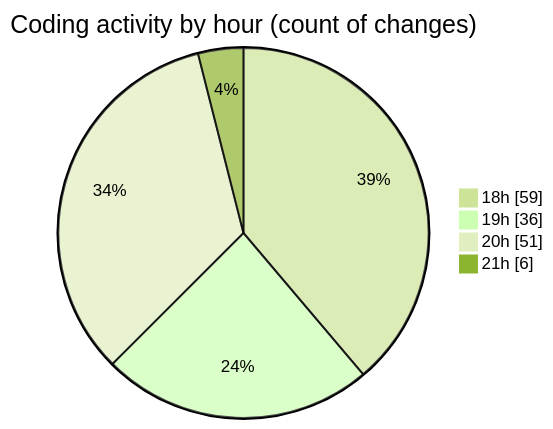
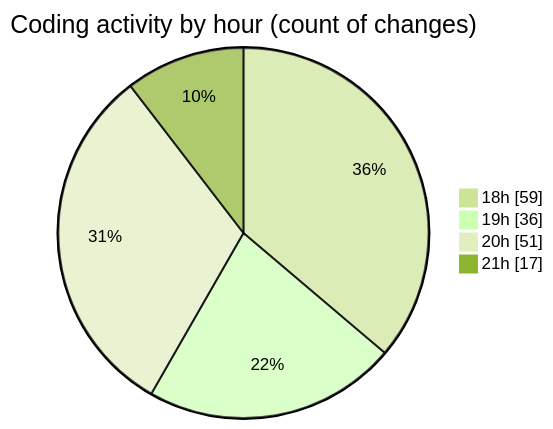
The second of 2 diagrams in 2025-04-02/back-end/README.md (Netris89/code-tracking), drawn with Mermaid (forest theme) before and after one commit. The commit also changed other lines of this file and 1 other file, not shown here.

````diff
--- a/2025-04-02/back-end/README.md
+++ b/2025-04-02/back-end/README.md
@@ -40,8 +40,8 @@
 ```mermaid
 pie showData
 title Coding activity by hour (count of changes)
 "18h" : 59
 "19h" : 36
 "20h" : 51
-"21h" : 6
+"21h" : 17
 ```
````
